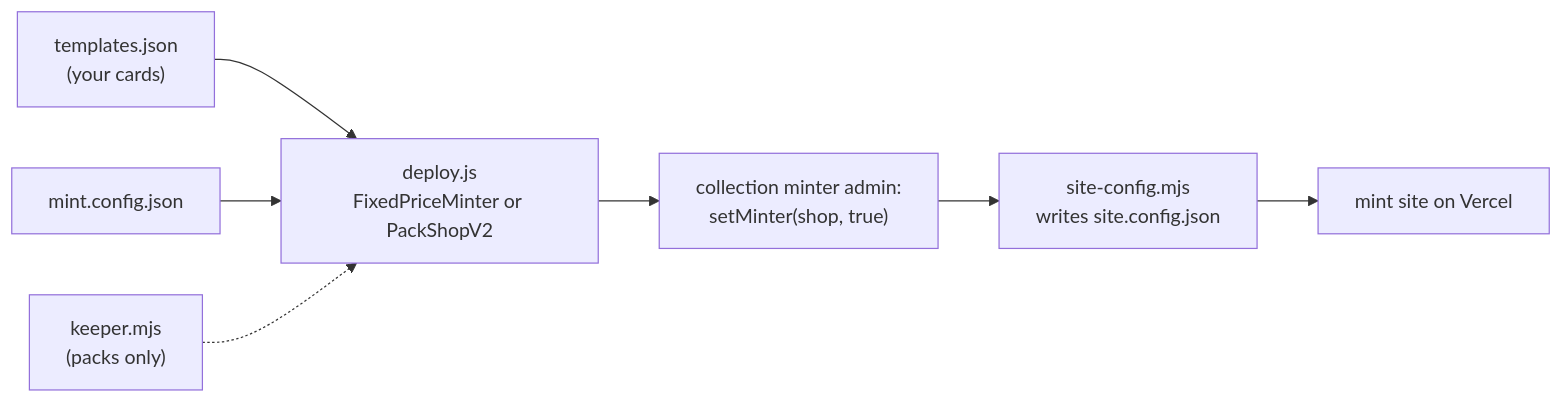
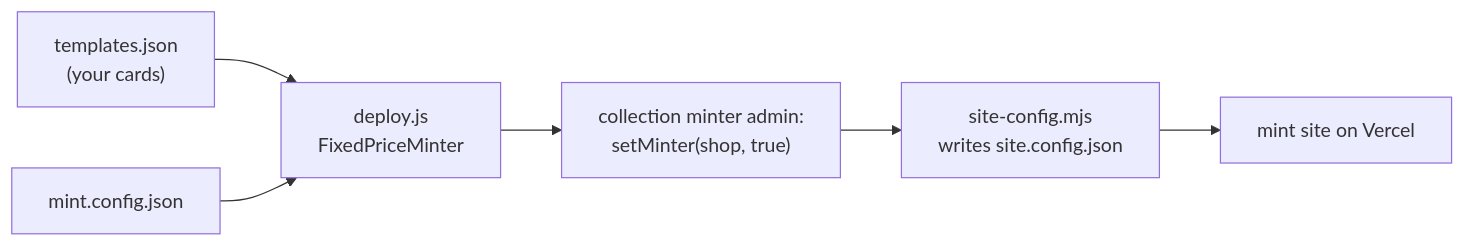
Before and after one commit to strodanodev/rapture-sdk: the diagram in docs/guide/02-mint-site.md, drawn with Mermaid. The commit also changed other lines of this file and 4 other files, not shown here.

First line of the commit message:
Keep PackShop v2 private: PRIVATE[rapture-sdk] drops the packs paths; public docs mention packs in one line

````diff
--- a/docs/guide/02-mint-site.md
+++ b/docs/guide/02-mint-site.md
@@ -7,9 +7,8 @@
 ```mermaid
 flowchart LR
-  T["templates.json<br/>(your cards)"] --> D["deploy.js<br/>FixedPriceMinter or PackShopV2"]
+  T["templates.json<br/>(your cards)"] --> D["deploy.js<br/>FixedPriceMinter"]
   C["mint.config.json"] --> D
   D --> G["collection minter admin:<br/>setMinter(shop, true)"]
   G --> S["site-config.mjs<br/>writes site.config.json"]
   S --> V["mint site on Vercel"]
-  K["keeper.mjs<br/>(packs only)"] -.-> D
 ```
````
